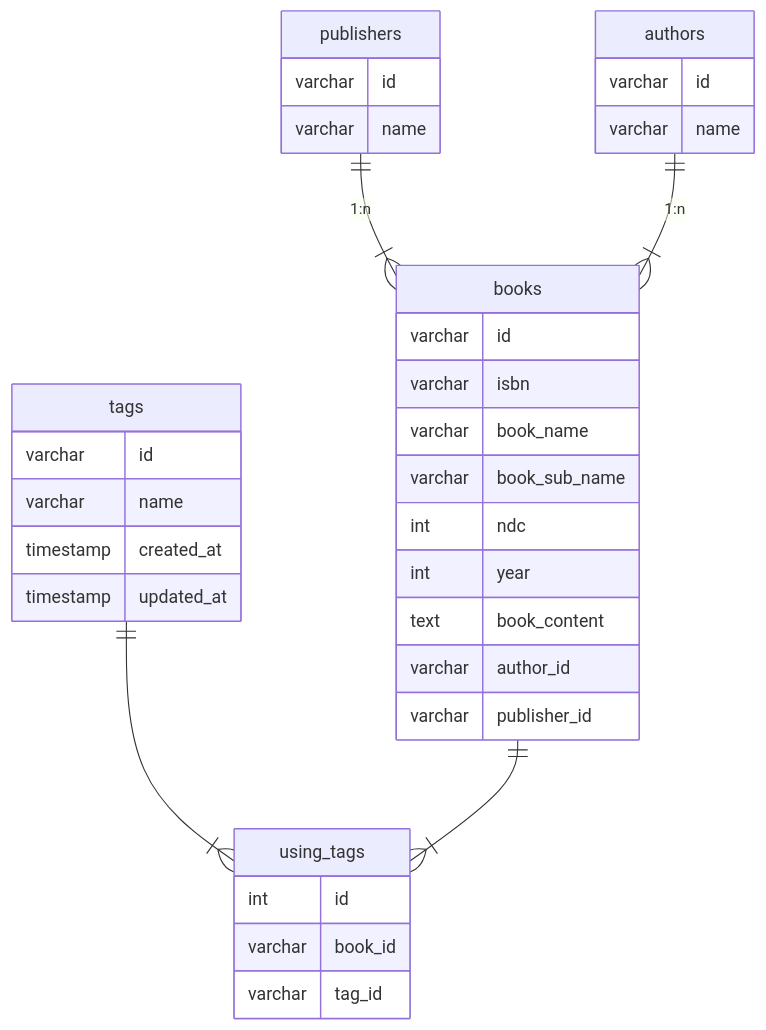
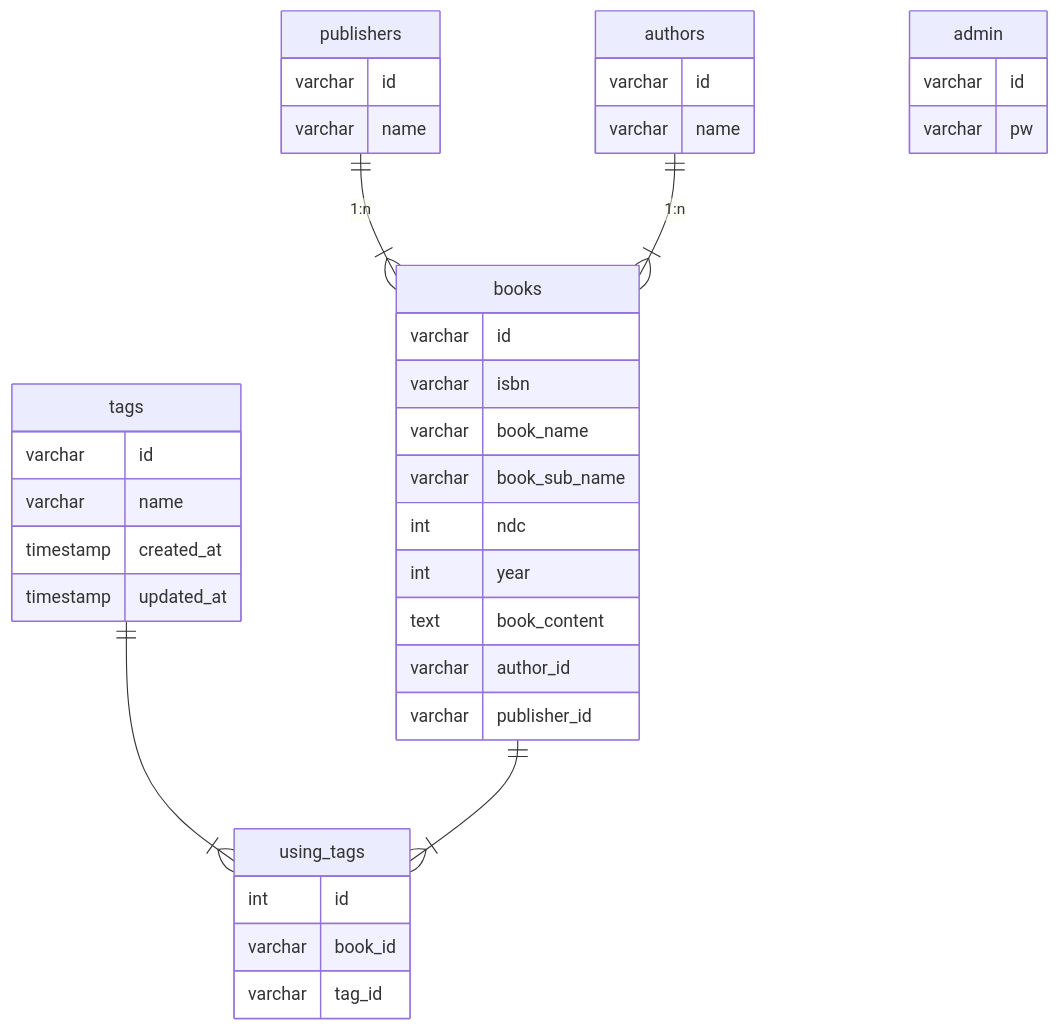
One commit to booksearch-hotate/hotate-server changed the diagram in DOC/AboutDB.md. Above: the diagram before and after it, drawn with Mermaid.

Commit message:
adminテーブルの追加

````diff
--- a/DOC/AboutDB.md
+++ b/DOC/AboutDB.md
@@ -1,43 +1,48 @@
 ```mermaid
 erDiagram
 
 publishers ||--|{books: "1:n"
 authors ||--|{books: "1:n"
 tags ||--|{using_tags: ""
 books ||--|{using_tags: ""
+
+admin {
+  varchar id
+  varchar pw
+}
 
 books {
   varchar id
   varchar isbn
   varchar book_name
   varchar book_sub_name
   int ndc
   int year
   text book_content
   varchar author_id
   varchar publisher_id
 }
 
 publishers {
   varchar id
   varchar name
 }
 
 authors {
   varchar id
   varchar name
 }
 
 tags {
   varchar id
   varchar name
   timestamp created_at
   timestamp updated_at
 }
 
 using_tags {
   int id
   varchar book_id
   varchar tag_id
 }
 ```
````
